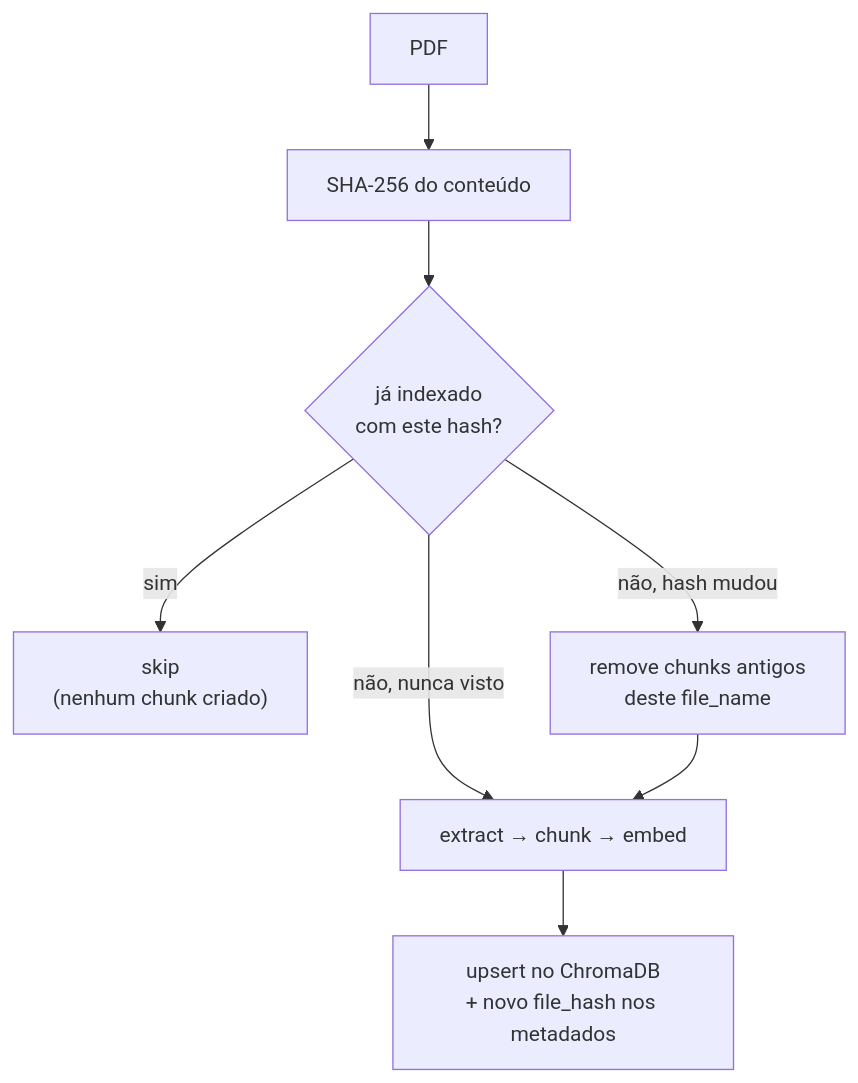
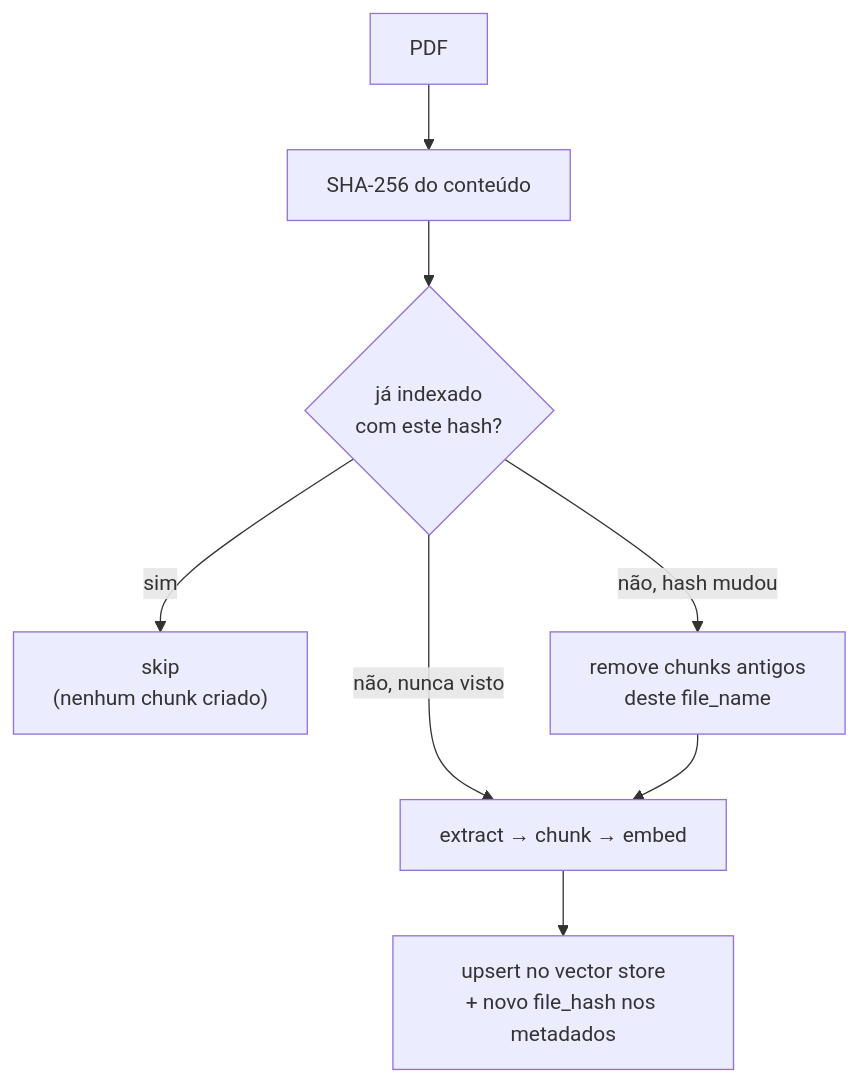
One commit to ronaldosimeone/tcc-project changed the seventh of 15 diagrams in README.md. Above: the diagram before and after it, drawn with Mermaid. The commit also changed other lines of this file and 31 other files, not shown here.

````diff
--- a/README.md
+++ b/README.md
@@ -670,10 +674,10 @@
 ```mermaid
 flowchart TD
     START["PDF"] --> HASH["SHA-256 do conteúdo"]
     HASH --> CHECK{"já indexado<br/>com este hash?"}
     CHECK -->|"sim"| SKIP["skip<br/>(nenhum chunk criado)"]
     CHECK -->|"não, hash mudou"| PURGE["remove chunks antigos<br/>deste file_name"]
     CHECK -->|"não, nunca visto"| EXTRACT
     PURGE --> EXTRACT["extract → chunk → embed"]
-    EXTRACT --> UPSERT["upsert no ChromaDB<br/>+ novo file_hash nos metadados"]
+    EXTRACT --> UPSERT["upsert no vector store<br/>+ novo file_hash nos metadados"]
 ```
````
